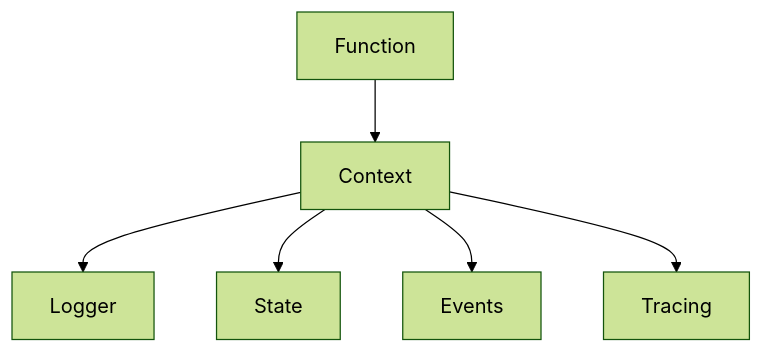
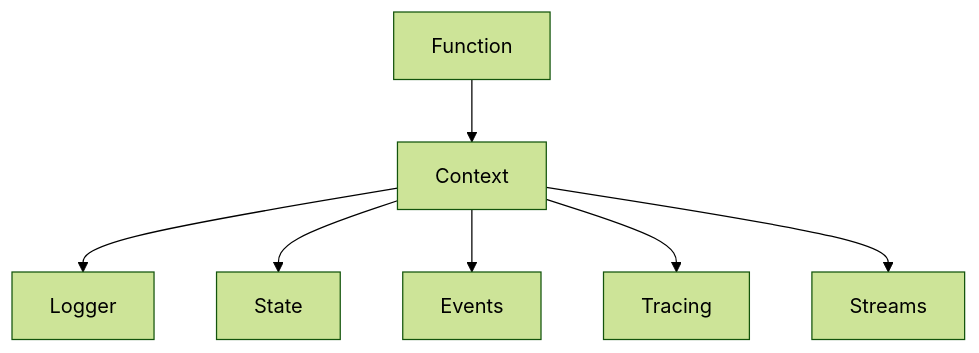
Before and after one commit to iii-hq/iii-connect: the third of 4 diagrams in README.md, drawn with Mermaid (forest theme). The commit also changed other lines of this file and 1 other file, not shown here.

Commit message:
Add Streams to Context capabilities
- Add Streams as fifth Context capability (real-time WebSocket data)
- Update Context diagram to include Streams
- Update Context table with streams tools
- Add streams capability to iii://context resource

````diff
--- a/README.md
+++ b/README.md
@@ -89,8 +89,9 @@
 ```mermaid
 flowchart TD
     Function[Function] --> Context[Context]
     Context --> Logger[Logger]
     Context --> State[State]
     Context --> Events[Events]
     Context --> Tracing[Tracing]
+    Context --> Streams[Streams]
 ```
````
